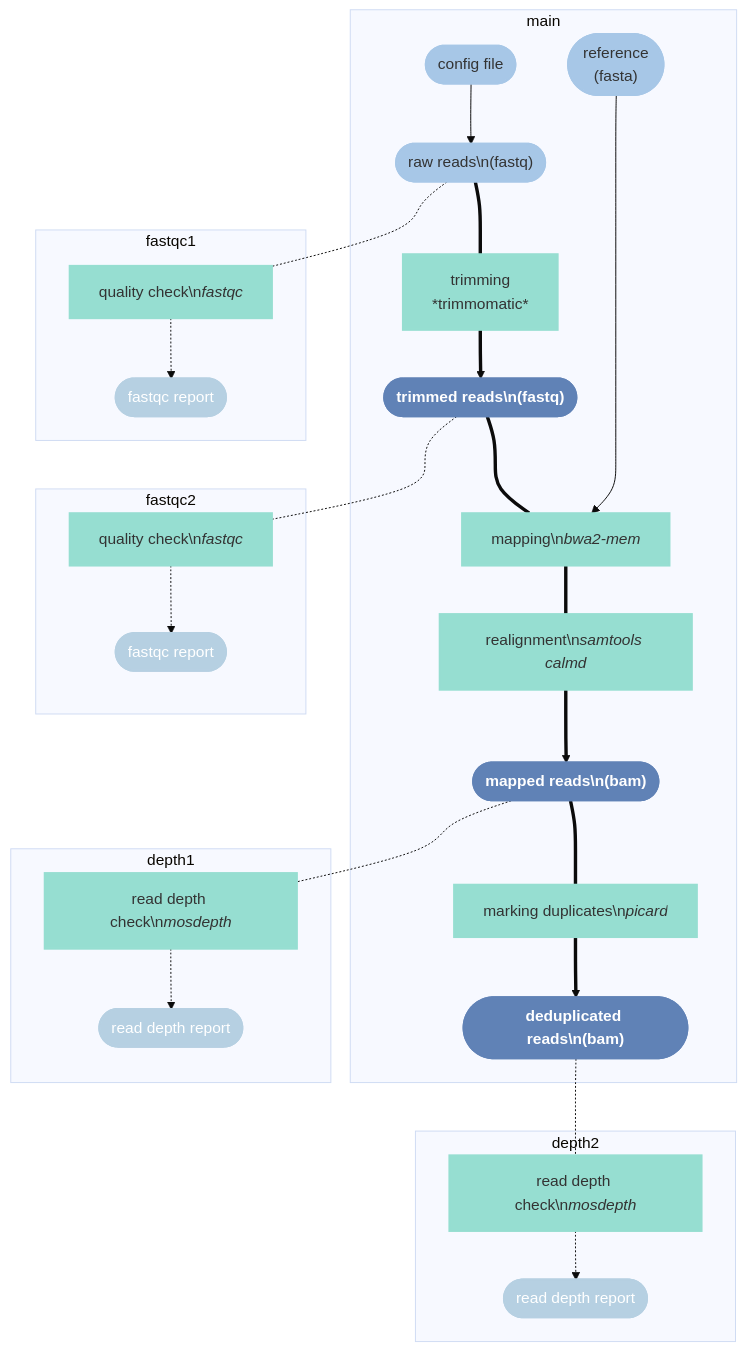
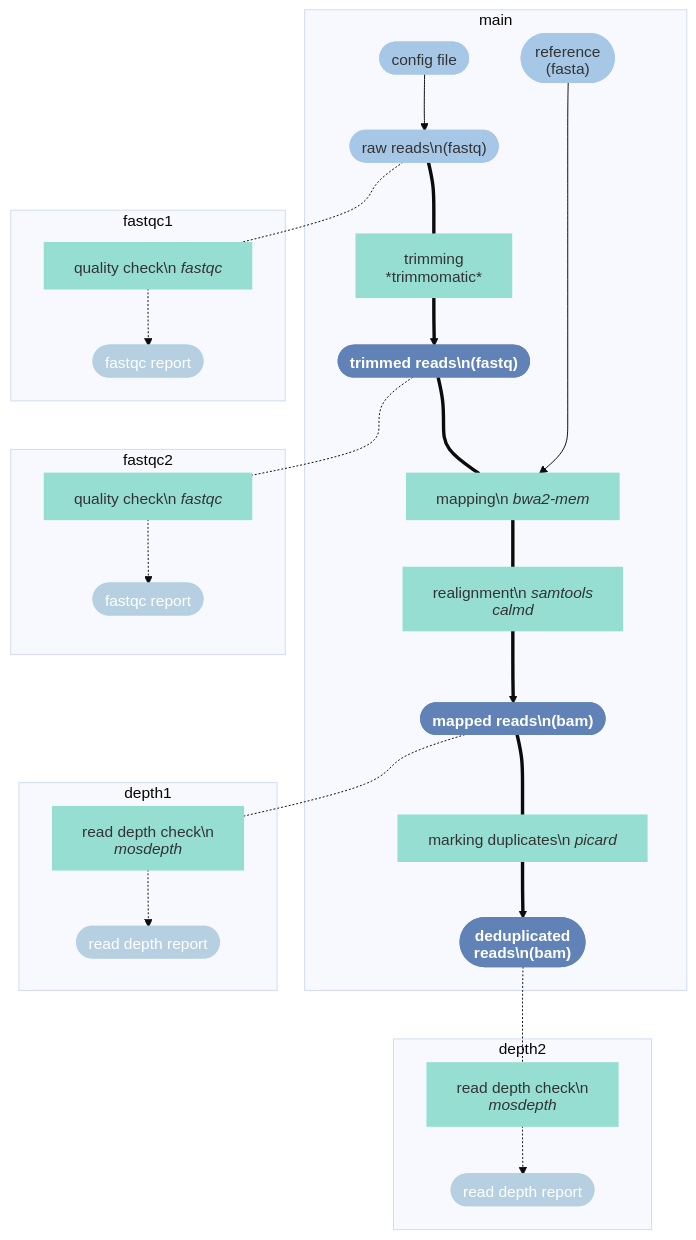
The diagram in README_mapping.md (aniafijarczyk/read-map-call), drawn with Mermaid (base theme) before and after one commit.

````diff
--- a/README_mapping.md
+++ b/README_mapping.md
@@ -3,43 +3,45 @@
 ```mermaid
+
+%%{init: {"htmlLabels": false }}%%
 
 graph TB;
 
     classDef Output fill:#6082B6,stroke:#6082B6,stroke-width:2px,color:#fff;
     classDef Reports fill:#B6D0E2,stroke:#B6D0E2,stroke-width:2px,color:#fff;
     classDef Input fill:#A7C7E7,stroke:#A7C7E7,stroke-width:2px;
     classDef Process fill:#96DED1,stroke:#96DED1,stroke-width:2px;
     classDef Subgr fill:#FFFFFF,stroke:#FFFFFF;
 
     subgraph main   
         A([config file]):::Input --> B(["`raw reads\n(fastq)`"]);
         B:::Input === D["trimming\n*trimmomatic*"];
         D:::Process ==> E(["`**trimmed reads\n(fastq)**`"]);
         E:::Output === G["`mapping\n*bwa2-mem*`"];
         G:::Process === G2["`realignment\n*samtools calmd*`"];
         F(["reference\n(fasta)"]):::Input -----> G;
         G2:::Process ==> K(["`**mapped reads\n(bam)**`"]);
         K:::Output === L["`marking duplicates\n*picard*`"];
         L:::Process ==> M(["`**deduplicated reads\n(bam)**`"]):::Output; 
     end
     
     subgraph fastqc1
         C["`quality check\n*fastqc*`"]:::Process -.-> I([fastqc report]):::Reports;
     end
 
     subgraph fastqc2
         H["`quality check\n*fastqc*`"]:::Process -.-> J([fastqc report]):::Reports;
     end
 
     subgraph depth1
         N["`read depth check\n*mosdepth*`"]:::Process -.-> O([read depth report]):::Reports;
     end
 
     subgraph depth2
         P["`read depth check\n*mosdepth*`"]:::Process -.-> R([read depth report]):::Reports;
     end
 
     B -.- C
     E -.- H
     K -.- N
     M -.- P
 ```
````
